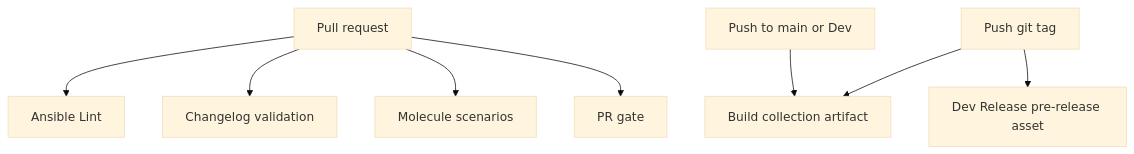
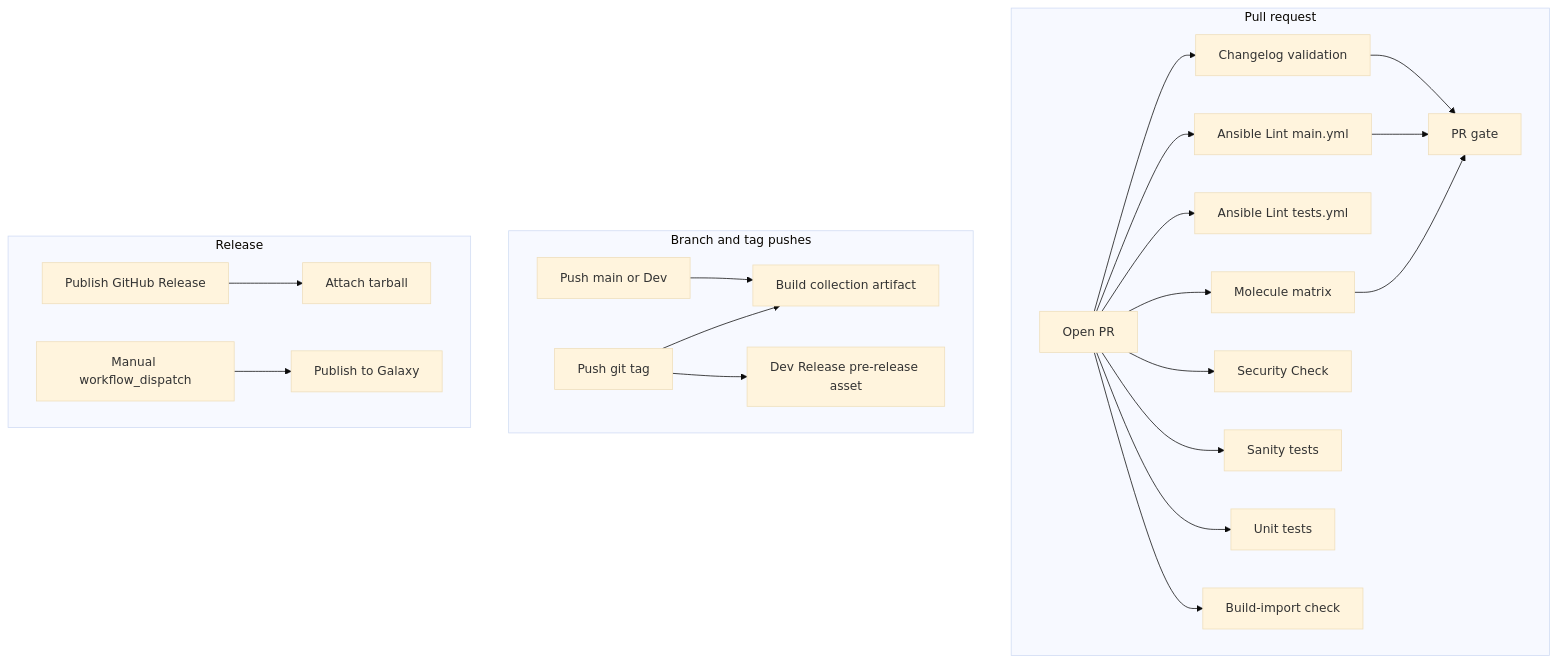
One commit to Automation-Development-Office/ado changed the first of 2 diagrams in .github/README.md. Above: the diagram before and after it, drawn with Mermaid (base theme). The commit also changed other lines of this file and 1 other file, not shown here.

Commit message:
Expand README.md into a comprehensive guide for the `infra.ado` Ansible collection, detailing GitHub Actions workflows, PR requirements, Molecule testing, local validation, collection builds, and troubleshooting.

````diff
--- a/.github/README.md
+++ b/.github/README.md
@@ -28,12 +85,27 @@
 ```mermaid
 flowchart TD
-  pr[Pull request] --> lint[Ansible Lint]
-  pr --> changelog[Changelog validation]
-  pr --> molecule[Molecule scenarios]
-  pr --> prGate[PR gate]
+  subgraph prFlow [Pull request]
+    prOpen[Open PR] --> changelog[Changelog validation]
+    prOpen --> lintMain[Ansible Lint main.yml]
+    prOpen --> lintTests[Ansible Lint tests.yml]
+    prOpen --> molecule[Molecule matrix]
+    prOpen --> securityPR[Security Check]
+    prOpen --> sanity[Sanity tests]
+    prOpen --> unit[Unit tests]
+    prOpen --> buildImport[Build-import check]
+    changelog --> prGate[PR gate]
+    lintMain --> prGate
+    molecule --> prGate
+  end
 
-  pushMain[Push to main or Dev] --> build[Build collection artifact]
+  subgraph branchFlow [Branch and tag pushes]
+    pushMain[Push main or Dev] --> buildArtifact[Build collection artifact]
+    tagPush[Push git tag] --> buildArtifact
+    tagPush --> devRelease[Dev Release pre-release asset]
+  end
 
-  tagPush[Push git tag] --> build
-  tagPush --> releaseDev[Dev Release pre-release asset]
+  subgraph releaseFlow [Release]
+    publishGH[Publish GitHub Release] --> attachAsset[Attach tarball]
+    manualGalaxy[Manual workflow_dispatch] --> galaxyPublish[Publish to Galaxy]
+  end
 ```
````
